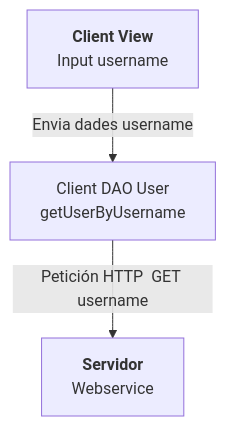
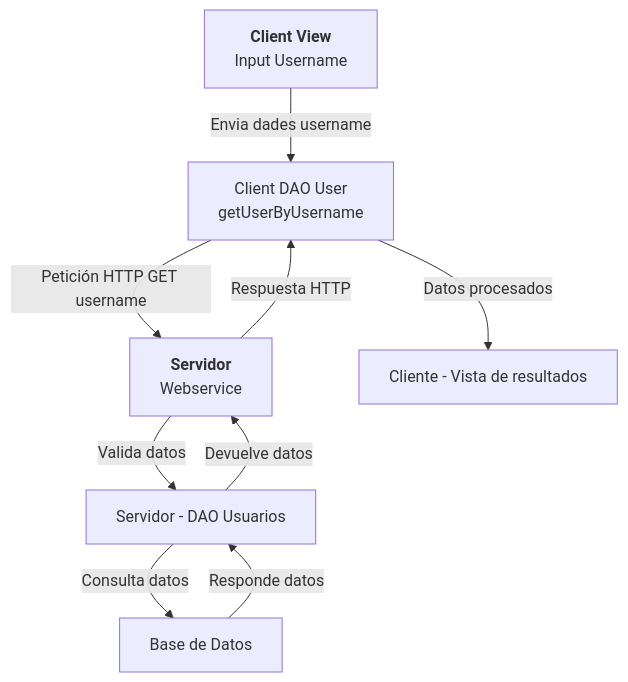
One commit to Josse71/tapatApp changed the diagram in charts/diagramaPrototipo1.mermaid. Above: the diagram before and after it, drawn with Mermaid.

```diff
--- a/charts/diagramaPrototipo1.mermaid
+++ b/charts/diagramaPrototipo1.mermaid
@@ -1,3 +1,9 @@
 flowchart TD
-    A[<b>Client View</b> <br> Input username] -->|Envia dades username| B[Client DAO User<br> getUserByUsername]
-    B -->|Petición HTTP  GET username| C[<b>Servidor</b> <br> Webservice]
+    A[<b>Client View</b> <br> Input Username] -->|Envia dades username| B[Client DAO User<br> getUserByUsername]
+    B -->|Petición HTTP GET username| C[<b>Servidor</b> <br> Webservice]
+    C -->|Valida datos| D[Servidor - DAO Usuarios]
+    D -->|Consulta datos| E[Base de Datos]
+    E -->|Responde datos| D
+    D -->|Devuelve datos| C
+    C -->|Respuesta HTTP| B
+    B -->|Datos procesados| F[Cliente - Vista de resultados]
```
